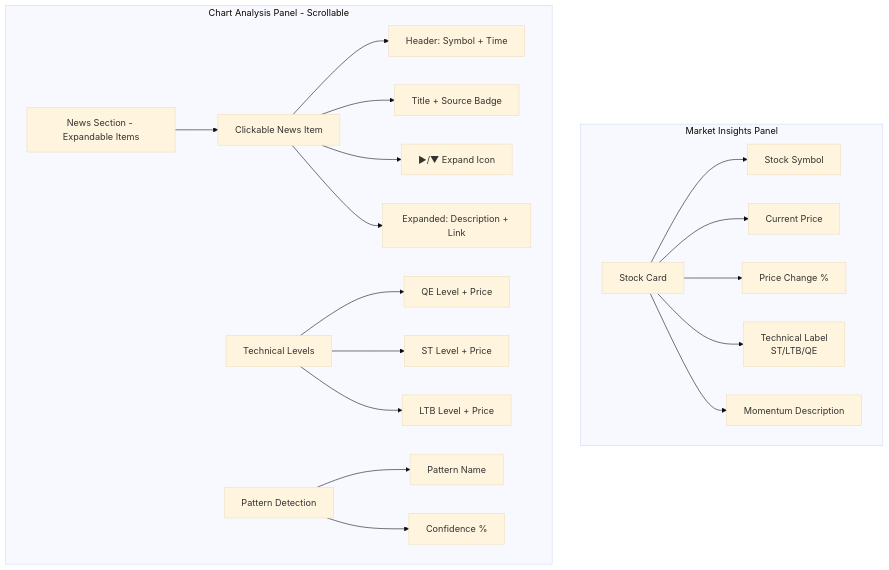
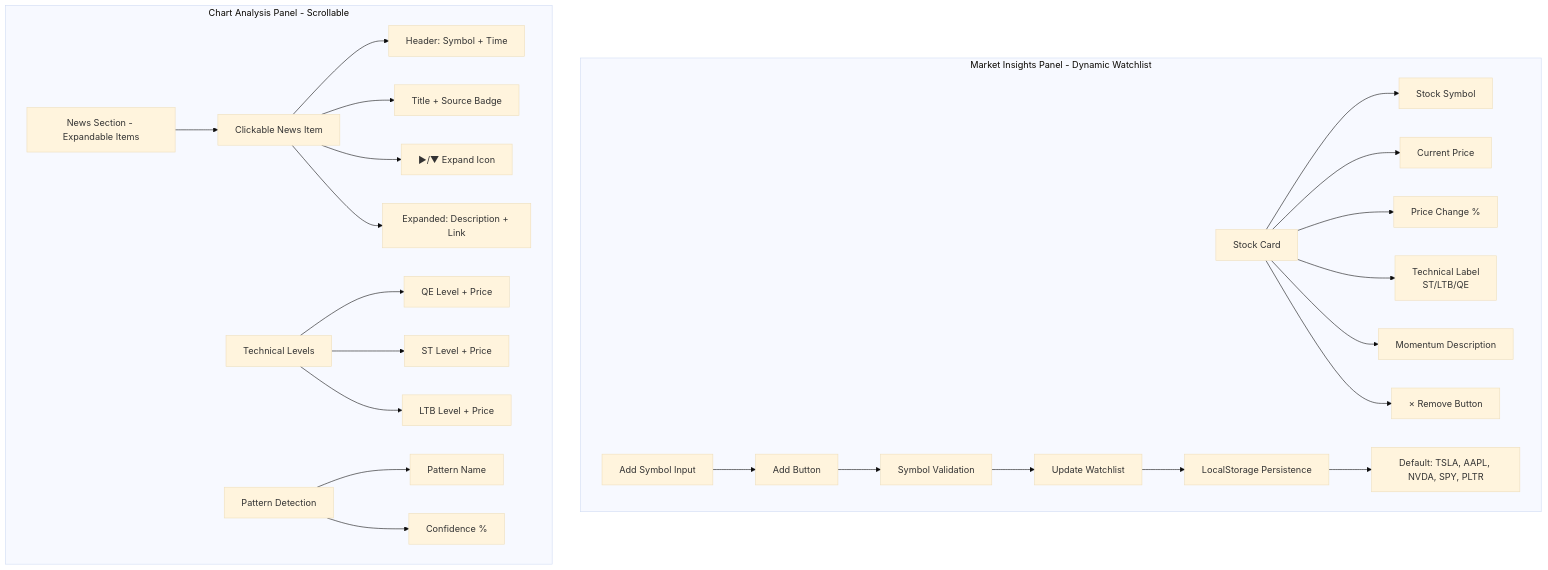
Diagram 25 of 33 in mermaid.md (ChipsMetaverse/gvses-market-insights), drawn with Mermaid (base theme) before and after one commit. The commit also changed other lines of this file and 8 other files, not shown here.

````diff
--- a/mermaid.md
+++ b/mermaid.md
@@ -918,29 +923,39 @@
 ```mermaid
 graph TD
-    subgraph "Market Insights Panel"
+    subgraph "Market Insights Panel - Dynamic Watchlist"
+        SearchInput[Add Symbol Input]
+        SearchInput --> AddButton[Add Button]
+        AddButton --> Validation[Symbol Validation]
+        Validation --> WatchlistUpdate[Update Watchlist]
+        
         StockCard[Stock Card]
         StockCard --> Symbol[Stock Symbol]
         StockCard --> Price[Current Price]
         StockCard --> Change[Price Change %]
         StockCard --> Label[Technical Label<br/>ST/LTB/QE]
         StockCard --> Description[Momentum Description]
+        StockCard --> RemoveButton[× Remove Button]
+        
+        LocalStorage[LocalStorage Persistence]
+        WatchlistUpdate --> LocalStorage
+        LocalStorage --> DefaultWatchlist[Default: TSLA, AAPL, NVDA, SPY, PLTR]
     end
     
     subgraph "Chart Analysis Panel - Scrollable"
         NewsSection[News Section - Expandable Items]
         NewsSection --> NewsItem[Clickable News Item]
         NewsItem --> NewsHeader[Header: Symbol + Time]
         NewsItem --> NewsTitle[Title + Source Badge]
         NewsItem --> ExpandIcon[▶/▼ Expand Icon]
         NewsItem --> ExpandedContent[Expanded: Description + Link]
         
         TechnicalLevels[Technical Levels]
         TechnicalLevels --> QELevel[QE Level + Price]
         TechnicalLevels --> STLevel[ST Level + Price]
         TechnicalLevels --> LTBLevel[LTB Level + Price]
         
         PatternDetection[Pattern Detection]
         PatternDetection --> PatternName[Pattern Name]
         PatternDetection --> Confidence[Confidence %]
     end
 ```
````
